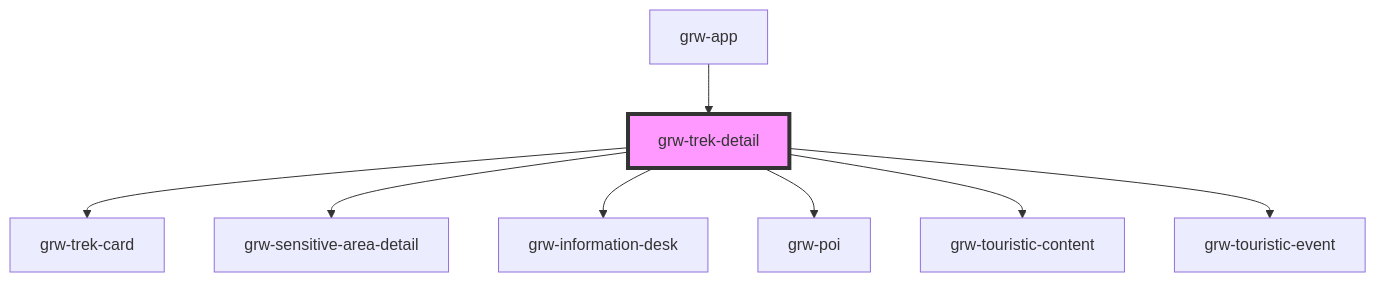
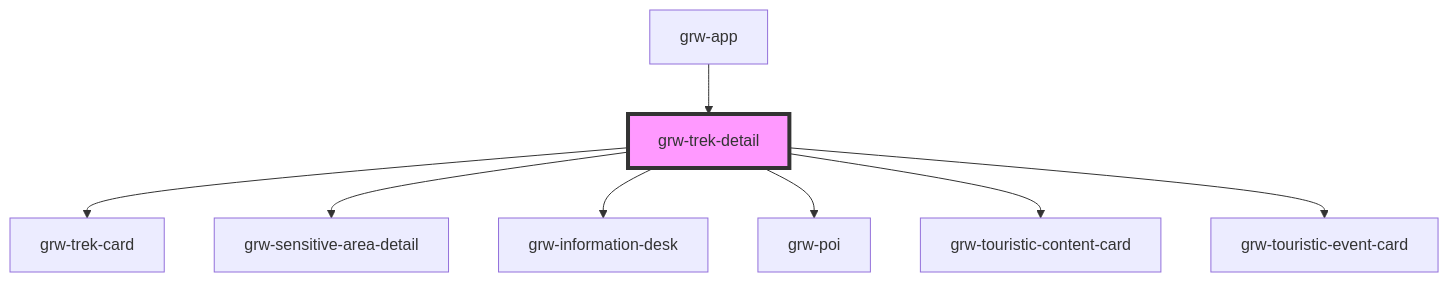
The diagram in src/components/grw-trek-detail/readme.md (GeotrekCE/Geotrek-rando-widget), drawn with Mermaid before and after one commit. The commit also changed other lines of this file and 26 other files, not shown here.

````diff
--- a/src/components/grw-trek-detail/readme.md
+++ b/src/components/grw-trek-detail/readme.md
@@ -55,11 +55,11 @@
 ```mermaid
 graph TD;
   grw-trek-detail --> grw-trek-card
   grw-trek-detail --> grw-sensitive-area-detail
   grw-trek-detail --> grw-information-desk
   grw-trek-detail --> grw-poi
-  grw-trek-detail --> grw-touristic-content
-  grw-trek-detail --> grw-touristic-event
+  grw-trek-detail --> grw-touristic-content-card
+  grw-trek-detail --> grw-touristic-event-card
   grw-app --> grw-trek-detail
   style grw-trek-detail fill:#f9f,stroke:#333,stroke-width:4px
 ```
````
